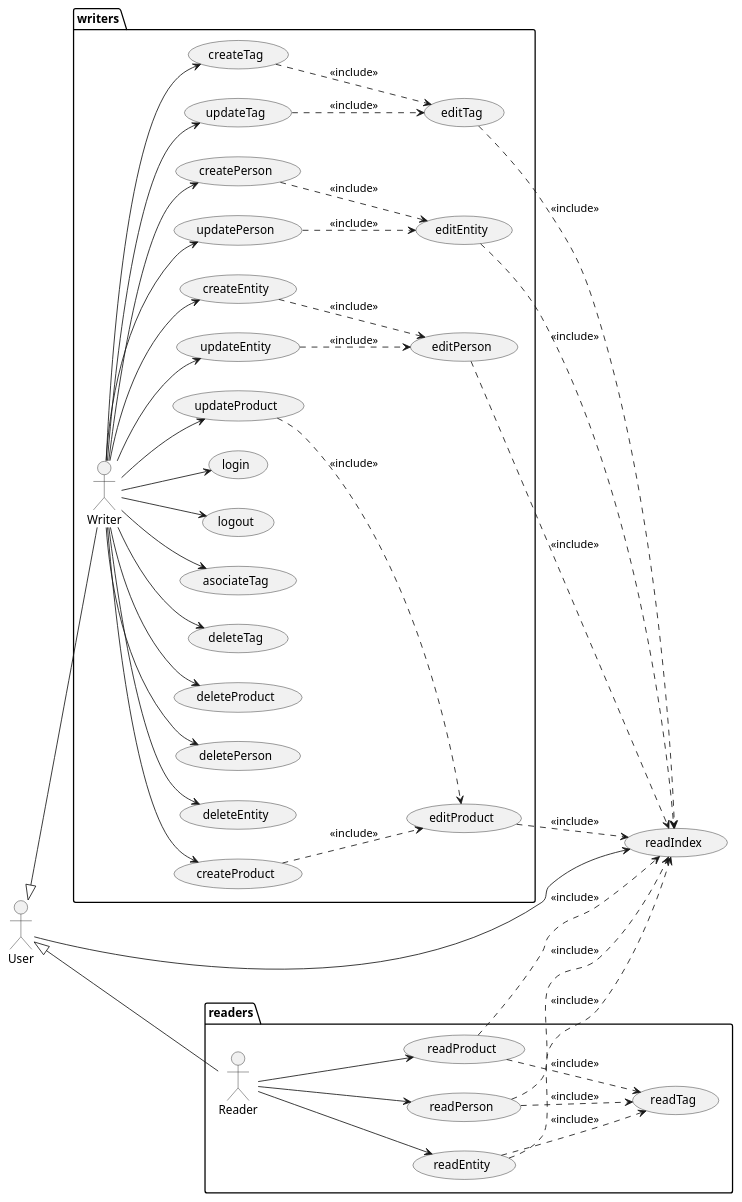
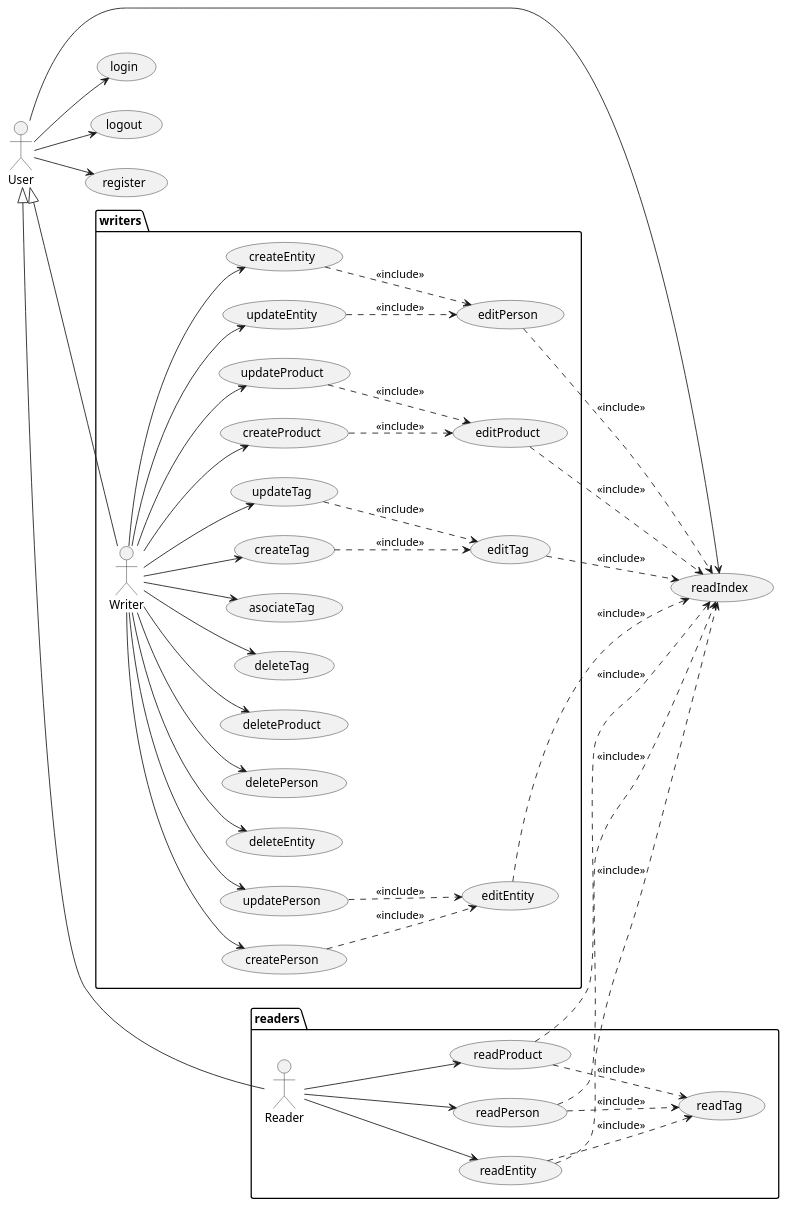
The second of 7 diagrams in index.adoc (nataliacasanova/analesdelaciencia), drawn with PlantUML before and after one commit. The commit also changed other lines of this file and 5 other files, not shown here.

```diff
--- a/index.adoc
+++ b/index.adoc
@@ -62,6 +62,9 @@
 
 actor User
 usecase readIndex
+usecase login
+usecase logout
+usecase register
 
 package readers {
 actor Reader
@@ -73,7 +76,6 @@
 
 package writers {
 actor Writer
-usecase login
 usecase createEntity
 usecase createPerson
 usecase createProduct
@@ -91,11 +93,13 @@
 usecase editProduct
 usecase editTag
 usecase asociateTag
-
-usecase logout
 }
 
 User --> readIndex
+User --> login
+User --> logout
+User --> register
+
 
 User <|-down- Reader
 Reader --> readPerson
@@ -110,7 +114,6 @@
 readProduct ..> readTag: <<include>>
 
 User <|-down- Writer
-Writer --> login
 Writer --> createEntity
 Writer --> createPerson
 Writer --> createProduct
@@ -123,7 +126,6 @@
 Writer --> deletePerson
 Writer --> deleteProduct
 Writer --> deleteTag
-Writer --> logout
 Writer --> asociateTag
 
 
```
